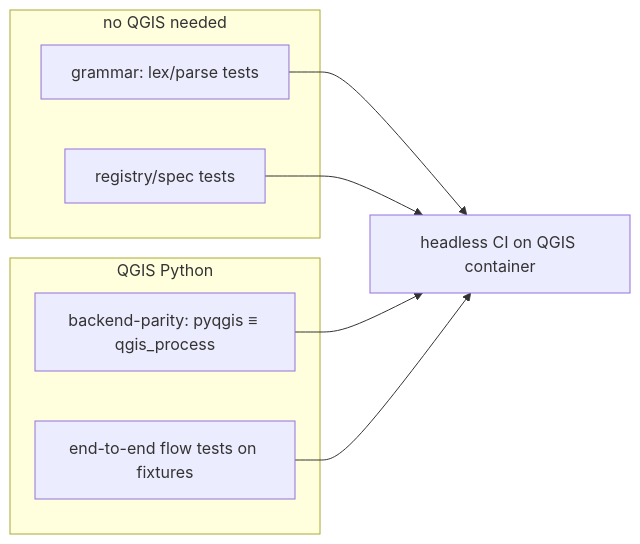
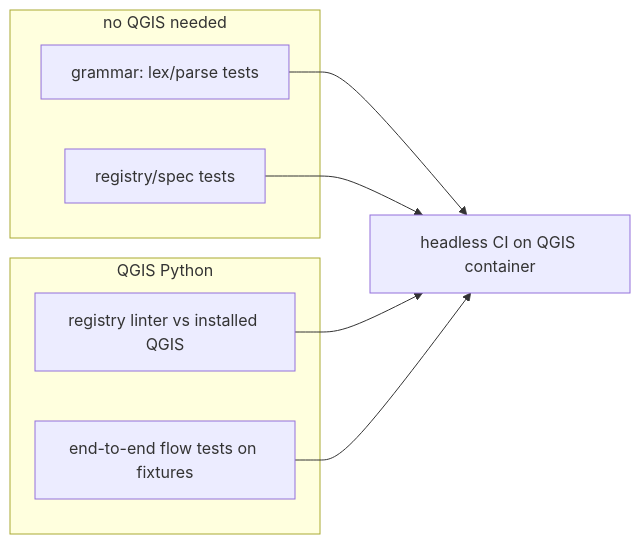
Before and after one commit to johnzastrow/niva: the sixth of 6 diagrams in planning/02-architecture.md, drawn with Mermaid. The commit also changed other lines of this file and 6 other files, not shown here.

First line of the commit message:
docs(planning): pin v1 backend to PyQGIS-only

````diff
--- a/planning/02-architecture.md
+++ b/planning/02-architecture.md
@@ -296,12 +293,12 @@
 ```mermaid
 flowchart LR
     subgraph "no QGIS needed"
       G[grammar: lex/parse tests]
       RG[registry/spec tests]
     end
     subgraph "QGIS Python"
-      PAR[backend-parity: pyqgis ≡ qgis_process]
+      LINT[registry linter vs installed QGIS]
       FLOW[end-to-end flow tests on fixtures]
     end
-    G & RG & PAR & FLOW --> CI[headless CI on QGIS container]
+    G & RG & LINT & FLOW --> CI[headless CI on QGIS container]
 ```
````
